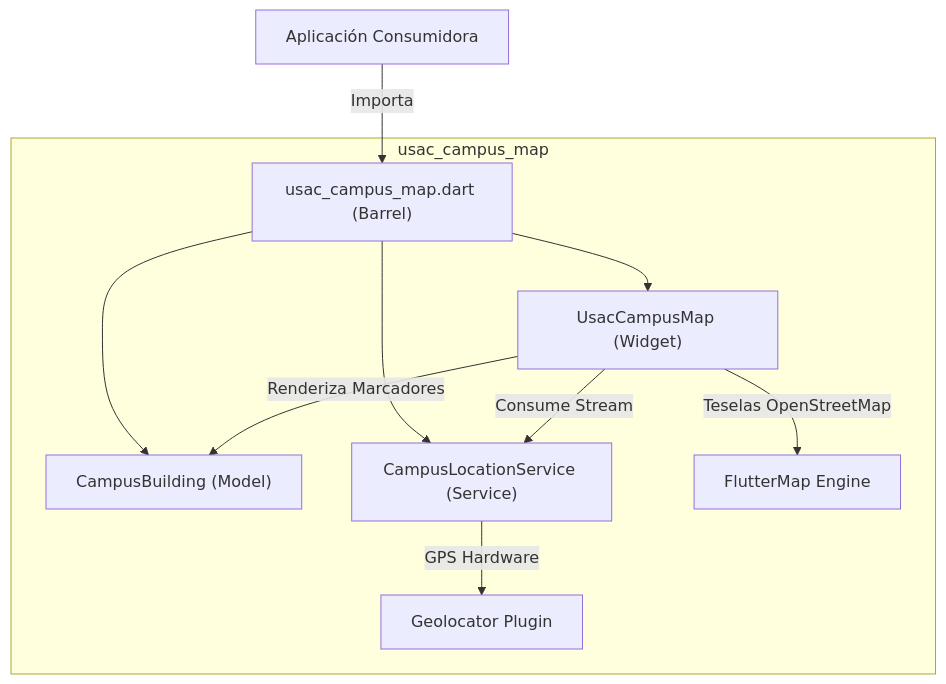
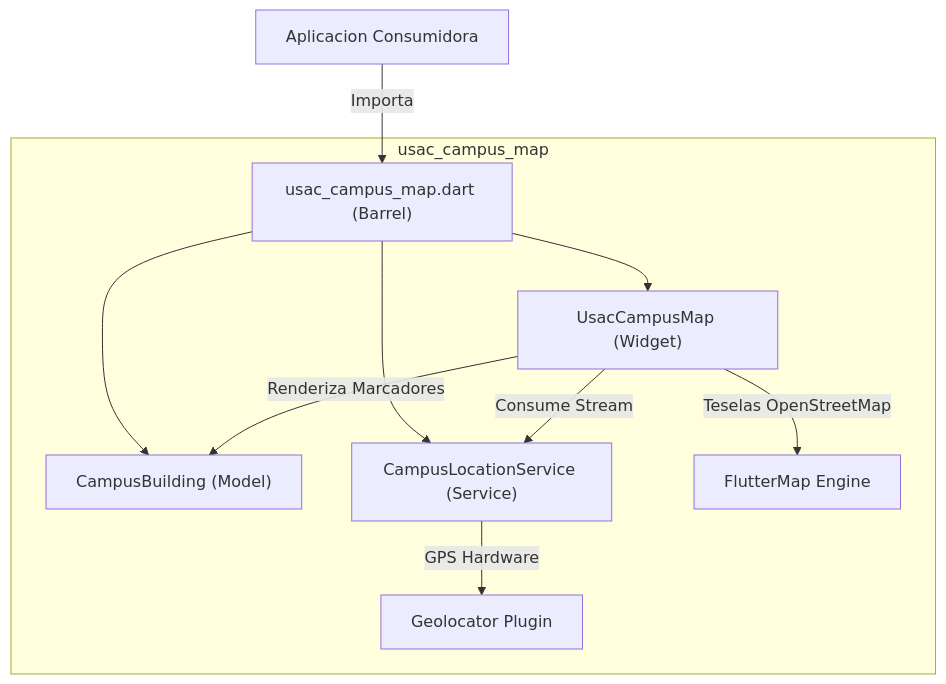
The first of 3 diagrams in README.md (Trebol4Devop/usac_campus_map), drawn with Mermaid before and after one commit. The commit also changed other lines of this file and 131 other files, not shown here.

````diff
--- a/README.md
+++ b/README.md
@@ -18,15 +18,15 @@
 ```mermaid
 graph TD
-    ClientApp["Aplicación Consumidora"] -->|Importa| Barrel["usac_campus_map.dart (Barrel)"]
+    ClientApp["Aplicacion Consumidora"] -->|Importa| Barrel["usac_campus_map.dart (Barrel)"]
     
     subgraph usac_campus_map
         Barrel --> UsacMapWidget["UsacCampusMap (Widget)"]
         Barrel --> BuildingModel["CampusBuilding (Model)"]
         Barrel --> LocationSvc["CampusLocationService (Service)"]
         
         UsacMapWidget -->|Consume Stream| LocationSvc
         UsacMapWidget -->|Renderiza Marcadores| BuildingModel
         LocationSvc -->|GPS Hardware| GeolocatorPlatform["Geolocator Plugin"]
         UsacMapWidget -->|Teselas OpenStreetMap| FlutterMapEngine["FlutterMap Engine"]
     end
 ```
````
